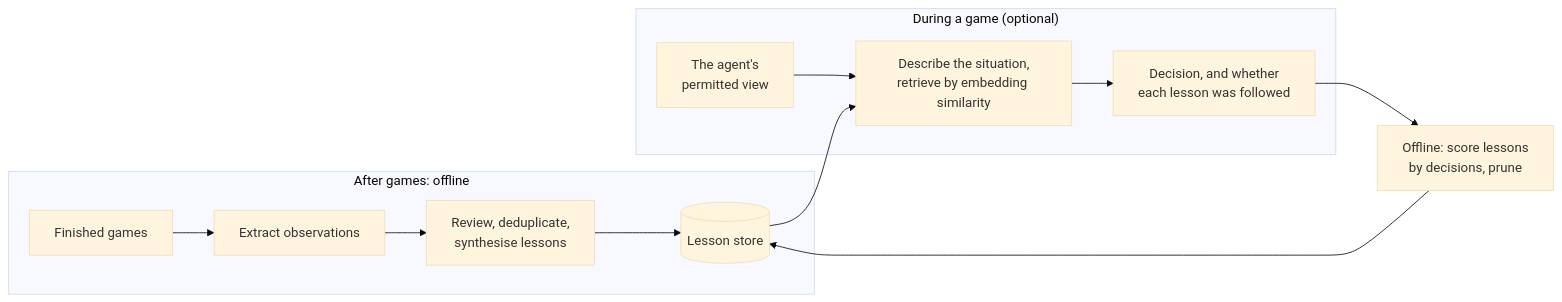
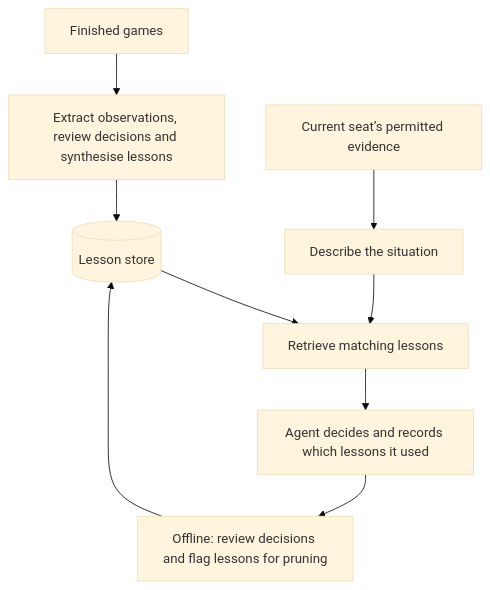
The second of 2 diagrams in writeup/overview.md (Haochen92/werewolf-agent-sim), drawn with Mermaid (base theme) before and after one commit. The commit also changed other lines of this file and 1 other file, not shown here.

````diff
--- a/writeup/overview.md
+++ b/writeup/overview.md
@@ -207,15 +137,11 @@
 ```mermaid
-flowchart LR
-    subgraph OFFL["After games: offline"]
-        R["Finished games"] --> O["Extract observations"]
-        O --> L["Review, deduplicate,<br/>synthesise lessons"]
-        L --> S[("Lesson store")]
-    end
-    subgraph LIVE["During a game (optional)"]
-        Q["The agent's<br/>permitted view"] --> F["Describe the situation,<br/>retrieve by embedding similarity"]
-        F --> D["Decision, and whether<br/>each lesson was followed"]
-    end
-    S --> F
-    D --> C["Offline: score lessons<br/>by decisions, prune"]
-    C --> S
+flowchart TD
+    A["Finished games"] --> B["Extract observations, review decisions and synthesise lessons"]
+    B --> C[("Lesson store")]
+    S["Current seat’s permitted evidence"] --> Q["Describe the situation"]
+    C --> R["Retrieve matching lessons"]
+    Q --> R
+    R --> V["Agent decides and records which lessons it used"]
+    V --> P["Offline: review decisions and flag lessons for pruning"]
+    P --> C
 ```
````
